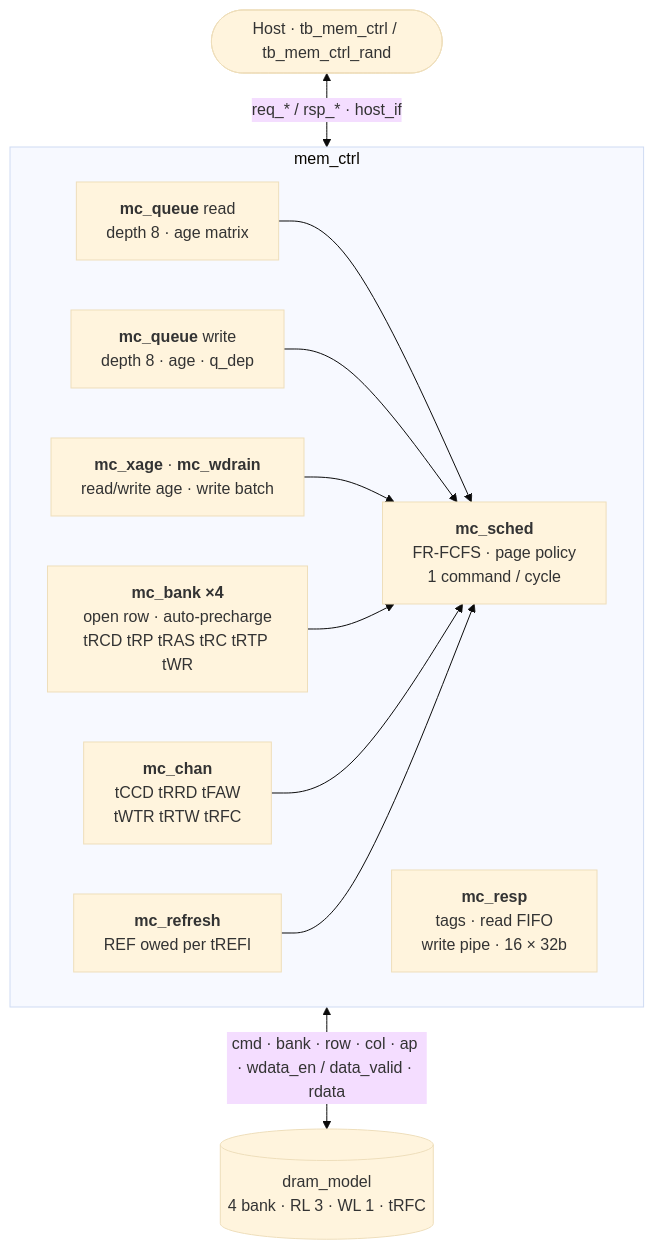
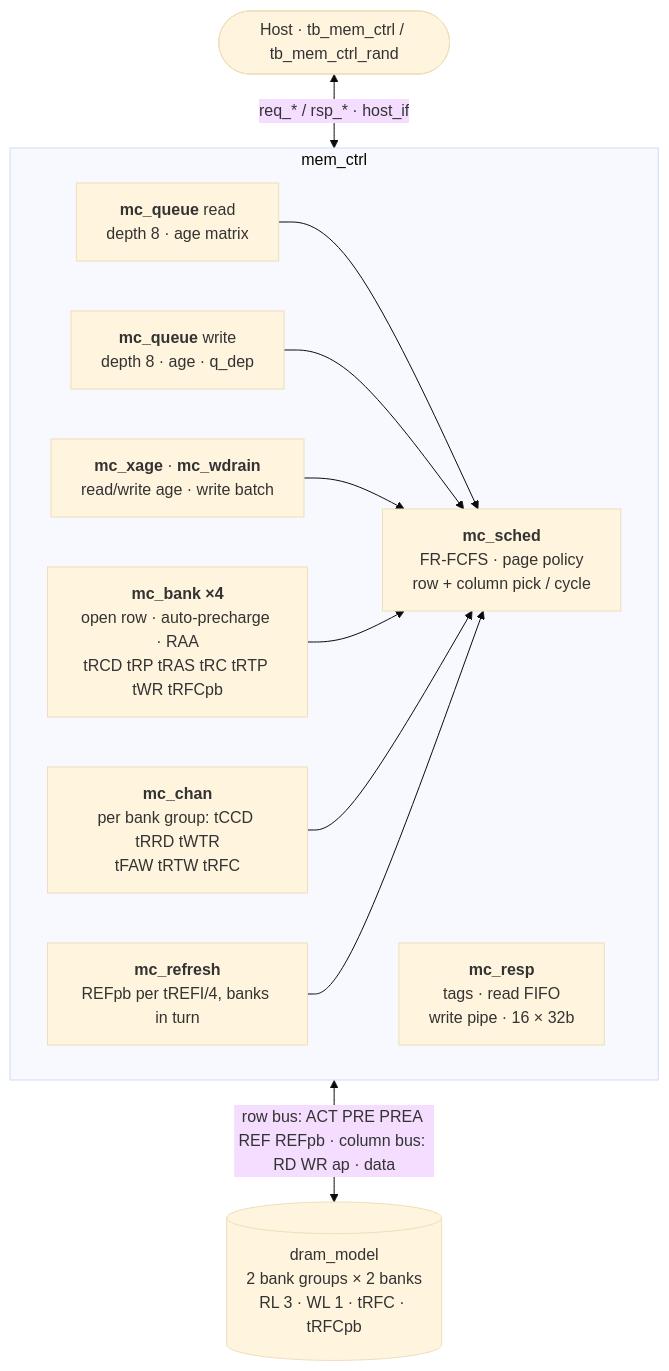
The diagram in README.md (yhkwon-git/mini-dram-controller), drawn with Mermaid (base theme) before and after one commit. The commit also changed other lines of this file and 8 other files, not shown here.

First line of the commit message:
docs: v4 buses, bank groups, per-bank refresh and RFM

````diff
--- a/README.md
+++ b/README.md
@@ -67,17 +71,17 @@
 ```mermaid
 flowchart TB
   HOST(["Host · tb_mem_ctrl / tb_mem_ctrl_rand"])
   subgraph MC["mem_ctrl"]
     direction LR
-    RQ["<b>mc_queue</b> read<br/>depth 8 · age matrix"] --> S["<b>mc_sched</b><br/>FR-FCFS · page policy<br/>1 command / cycle"]
+    RQ["<b>mc_queue</b> read<br/>depth 8 · age matrix"] --> S["<b>mc_sched</b><br/>FR-FCFS · page policy<br/>row + column pick / cycle"]
     WQ["<b>mc_queue</b> write<br/>depth 8 · age · q_dep"] --> S
     XW["<b>mc_xage</b> · <b>mc_wdrain</b><br/>read/write age · write batch"] --> S
-    B["<b>mc_bank ×4</b><br/>open row · auto-precharge<br/>tRCD tRP tRAS tRC tRTP tWR"] --> S
-    C["<b>mc_chan</b><br/>tCCD tRRD tFAW<br/>tWTR tRTW tRFC"] --> S
-    R["<b>mc_refresh</b><br/>REF owed per tREFI"] --> S
+    B["<b>mc_bank ×4</b><br/>open row · auto-precharge · RAA<br/>tRCD tRP tRAS tRC tRTP tWR tRFCpb"] --> S
+    C["<b>mc_chan</b><br/>per bank group: tCCD tRRD tWTR<br/>tFAW tRTW tRFC"] --> S
+    R["<b>mc_refresh</b><br/>REFpb per tREFI/4, banks in turn"] --> S
     P["<b>mc_resp</b><br/>tags · read FIFO<br/>write pipe · 16 × 32b"]
   end
-  DRAM[("dram_model<br/>4 bank · RL 3 · WL 1 · tRFC")]
+  DRAM[("dram_model<br/>2 bank groups × 2 banks<br/>RL 3 · WL 1 · tRFC · tRFCpb")]
   HOST <-->|"req_* / rsp_* · host_if"| MC
-  MC <-->|"cmd · bank · row · col · ap · wdata_en / data_valid · rdata"| DRAM
+  MC <-->|"row bus: ACT PRE PREA REF REFpb · column bus: RD WR ap · data"| DRAM
 ```
````
